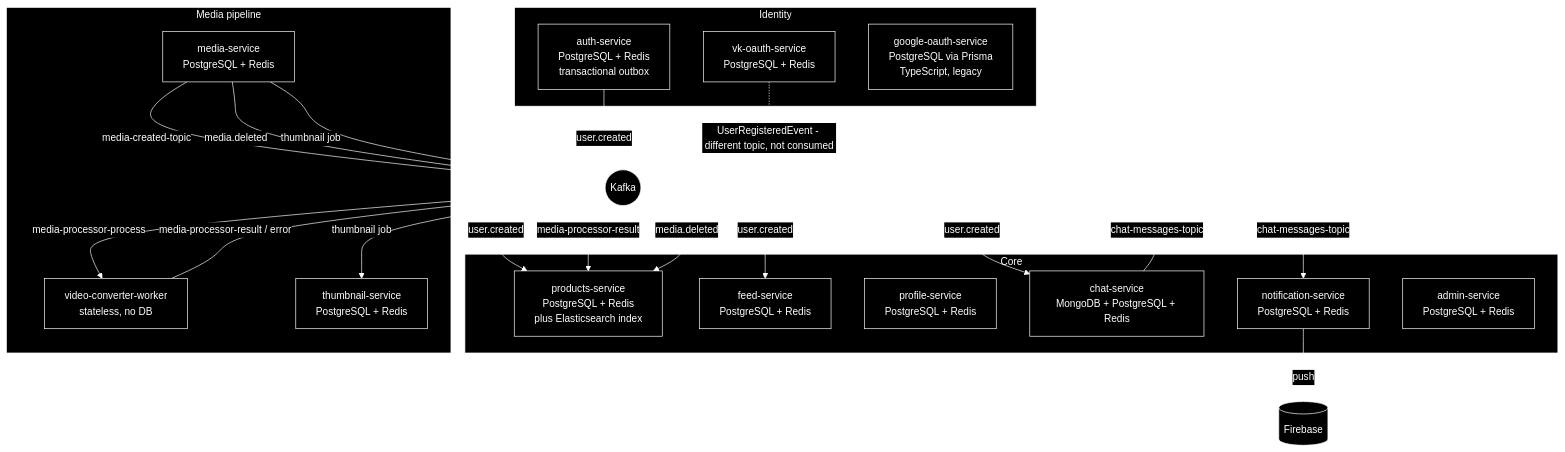
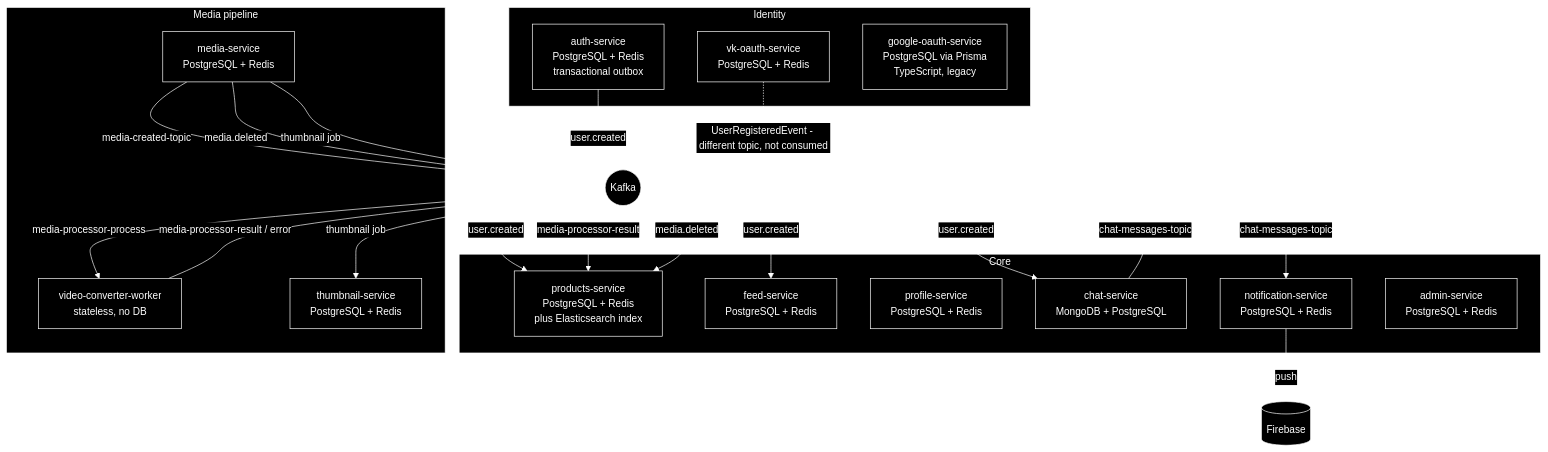
Before and after one commit to v3xtr/matreshka: the diagram in README.md, drawn with Mermaid. The commit also changed other lines of this file, not shown here.

First line of the commit message:
docs: fix chat-service Redis claim, re-verify against build.gradle

````diff
--- a/README.md
+++ b/README.md
@@ -27,58 +27,58 @@
 ```mermaid
 %%{init: {'theme': 'base', 'themeVariables': {
     'background': '#000000',
     'primaryColor': '#000000',
     'primaryTextColor': '#ffffff',
     'primaryBorderColor': '#ffffff',
     'lineColor': '#ffffff',
     'secondaryColor': '#000000',
     'tertiaryColor': '#000000',
     'clusterBkg': '#000000',
     'clusterBorder': '#ffffff',
     'edgeLabelBackground': '#000000',
     'fontSize': '15px'
 }}}%%
 flowchart TB
     subgraph Identity
         AUTH[auth-service<br/>PostgreSQL + Redis<br/>transactional outbox]
         VK[vk-oauth-service<br/>PostgreSQL + Redis]
         GOOGLE[google-oauth-service<br/>PostgreSQL via Prisma<br/>TypeScript, legacy]
     end
 
     subgraph Core
         PRODUCTS[products-service<br/>PostgreSQL + Redis<br/>plus Elasticsearch index]
         FEED[feed-service<br/>PostgreSQL + Redis]
         PROFILE[profile-service<br/>PostgreSQL + Redis]
-        CHAT[chat-service<br/>MongoDB + PostgreSQL + Redis]
+        CHAT[chat-service<br/>MongoDB + PostgreSQL]
         NOTIF[notification-service<br/>PostgreSQL + Redis]
         ADMIN[admin-service<br/>PostgreSQL + Redis]
     end
 
     subgraph MediaPipeline[Media pipeline]
         MEDIA[media-service<br/>PostgreSQL + Redis]
         CONVERTER[video-converter-worker<br/>stateless, no DB]
         THUMB[thumbnail-service<br/>PostgreSQL + Redis]
     end
 
     KAFKA((Kafka))
 
     AUTH -- user.created --> KAFKA
     KAFKA -- user.created --> PRODUCTS
     KAFKA -- user.created --> FEED
     KAFKA -- user.created --> CHAT
 
     VK -. UserRegisteredEvent - different topic, not consumed .-> KAFKA
 
     MEDIA -- media-created-topic --> KAFKA
     KAFKA -- media-processor-process --> CONVERTER
     CONVERTER -- media-processor-result / error --> KAFKA
     KAFKA -- media-processor-result --> PRODUCTS
     MEDIA -- media.deleted --> KAFKA
     KAFKA -- media.deleted --> PRODUCTS
     MEDIA -- thumbnail job --> KAFKA
     KAFKA -- thumbnail job --> THUMB
 
     CHAT -- chat-messages-topic --> KAFKA
     KAFKA -- chat-messages-topic --> NOTIF
     NOTIF -- push --> FCM[(Firebase)]
 ```
````
